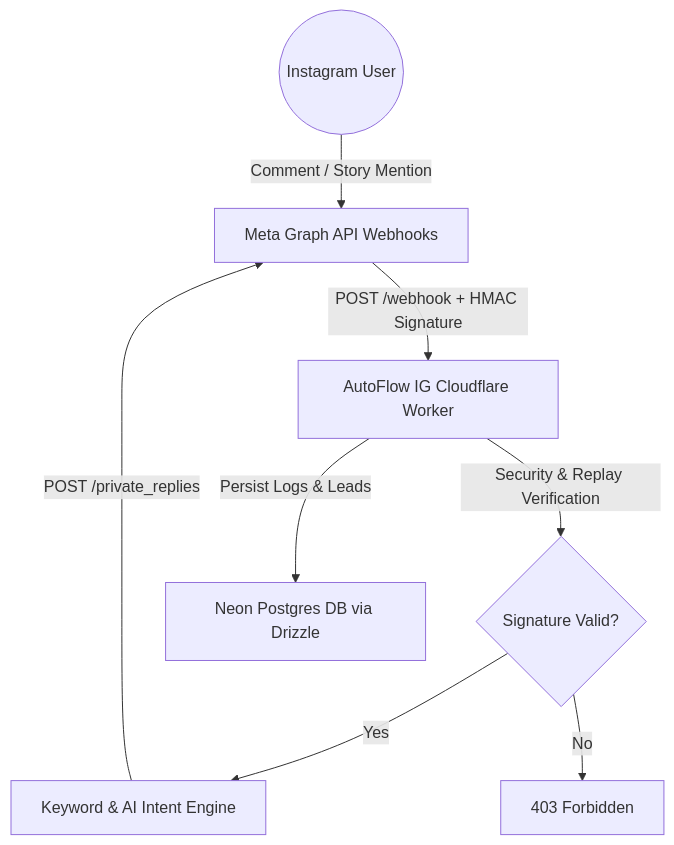
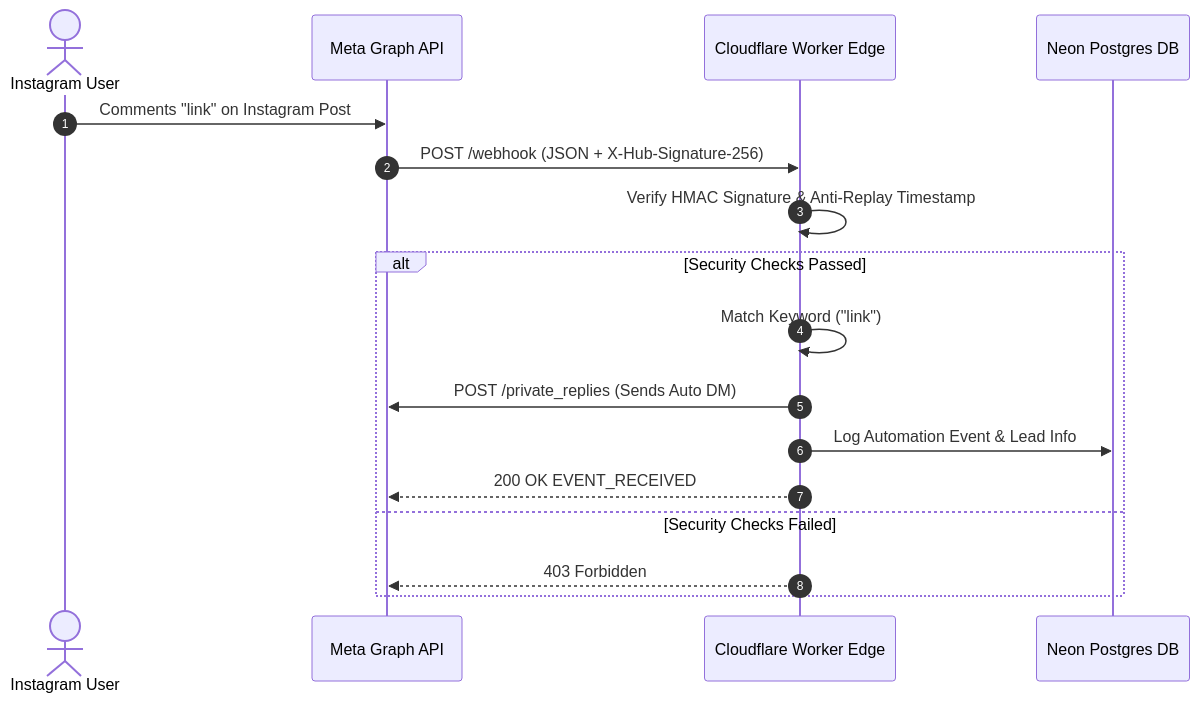
Before and after one commit to adrianak2026/autoflow-ig-automation: the diagram in README.md, drawn with Mermaid. The commit also changed other lines of this file, not shown here.

Commit message:
docs: upgrade README.md with comprehensive professional setup guide, Mermaid sequence diagrams, direct links and credential examples

````diff
--- a/README.md
+++ b/README.md
@@ -66,10 +9,20 @@
 ```mermaid
-flowchart TD
-    IG((Instagram User)) -->|Comment / Story Mention| Meta[Meta Graph API Webhooks]
-    Meta -->|POST /webhook + HMAC Signature| Worker[AutoFlow IG Cloudflare Worker]
-    Worker -->|Security & Replay Verification| Security{Signature Valid?}
-    Security -->|Yes| Matcher[Keyword & AI Intent Engine]
-    Security -->|No| Reject[403 Forbidden]
-    Matcher -->|POST /private_replies| Meta
-    Worker -->|Persist Logs & Leads| Neon[Neon Postgres DB via Drizzle]
+sequenceDiagram
+    autonumber
+    actor User as Instagram User
+    participant Meta as Meta Graph API
+    participant Worker as Cloudflare Worker Edge
+    participant Neon as Neon Postgres DB
+
+    User->>Meta: Comments "link" on Instagram Post
+    Meta->>Worker: POST /webhook (JSON + X-Hub-Signature-256)
+    Worker->>Worker: Verify HMAC Signature & Anti-Replay Timestamp
+    alt Security Checks Passed
+        Worker->>Worker: Match Keyword ("link")
+        Worker->>Meta: POST /private_replies (Sends Auto DM)
+        Worker->>Neon: Log Automation Event & Lead Info
+        Worker-->>Meta: 200 OK EVENT_RECEIVED
+    else Security Checks Failed
+        Worker-->>Meta: 403 Forbidden
+    end
 ```
````
